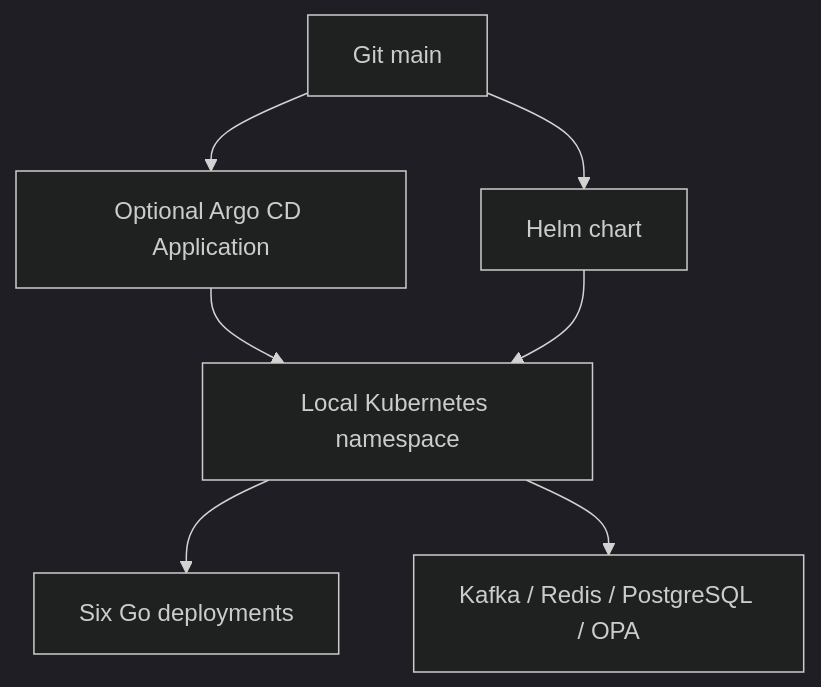
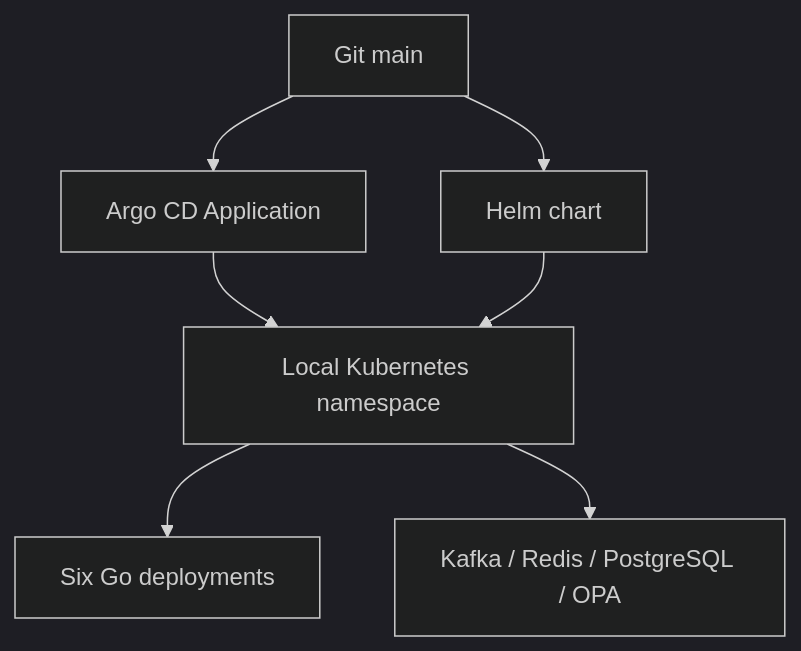
Before and after one commit to ABHILASH9519/Project-Aether-Autonomous-Infrastructure-Orchestrator: the diagram in docs/architecture/kubernetes.md, drawn with Mermaid (dark theme). The commit also changed other lines of this file and 9 other files, not shown here.

````diff
--- a/docs/architecture/kubernetes.md
+++ b/docs/architecture/kubernetes.md
@@ -5,9 +5,9 @@
 ```mermaid
 flowchart TB
-  Git[Git main] --> Argo[Optional Argo CD Application]
+  Git[Git main] --> Argo[Argo CD Application]
   Git --> Helm[Helm chart]
   Argo --> K[Local Kubernetes namespace]
   Helm --> K
   K --> Apps[Six Go deployments]
   K --> Infra[Kafka / Redis / PostgreSQL / OPA]
 ```
````
